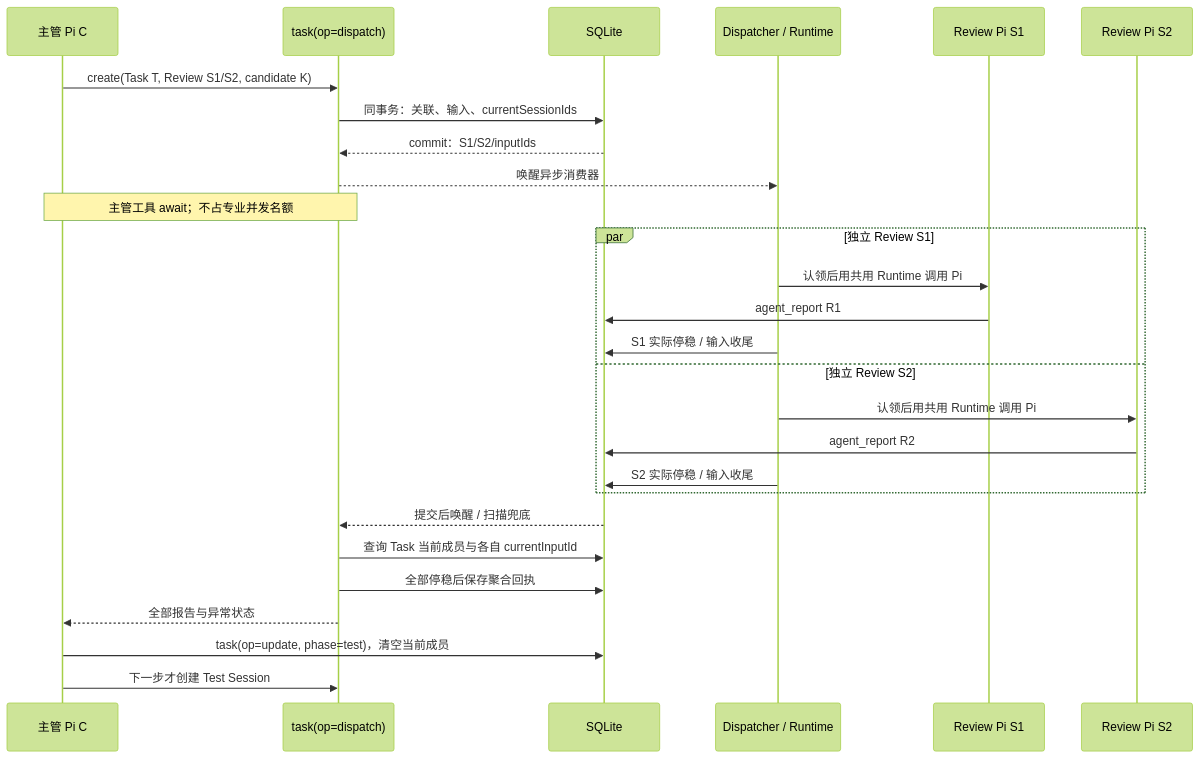
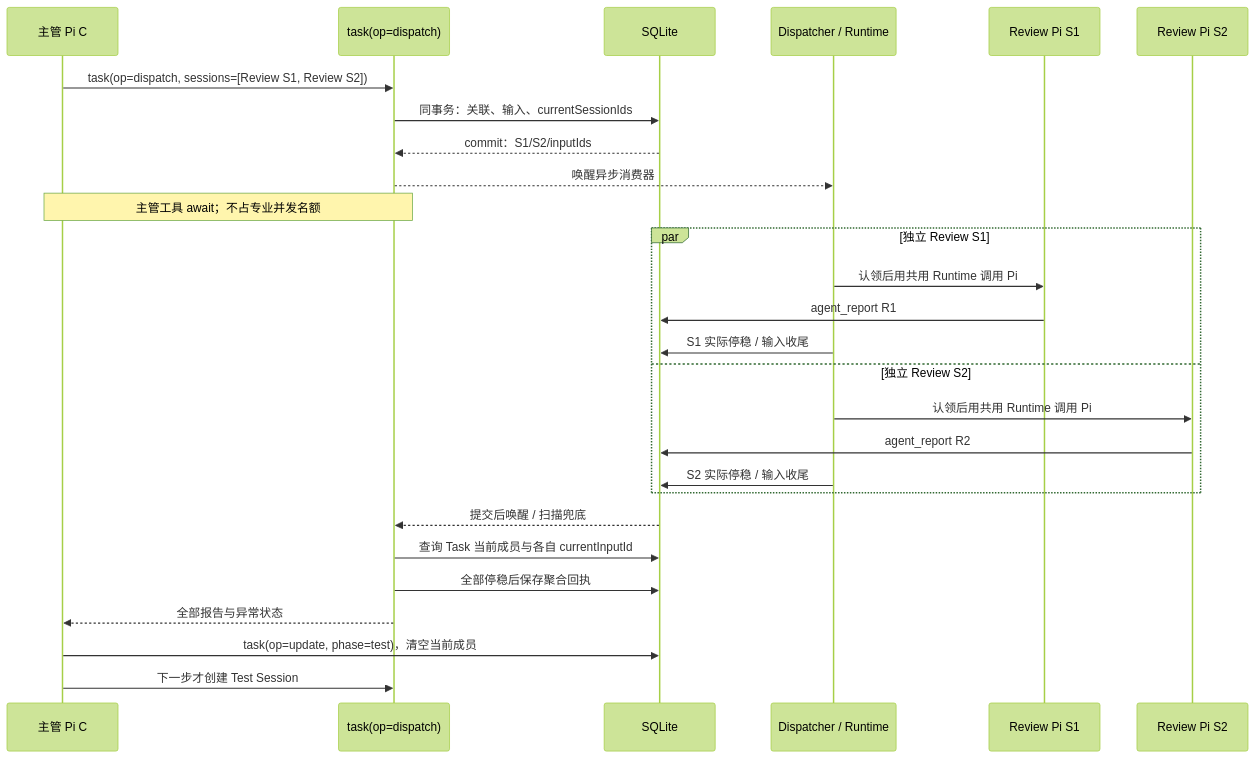
Before and after one commit to mojiaicrypto-ops/Kaiming: the second of 3 diagrams in docs/technicalnew/messaging-and-collaboration.md, drawn with Mermaid (forest theme). The commit also changed 17 other files, not shown here.

````diff
--- a/docs/technicalnew/messaging-and-collaboration.md
+++ b/docs/technicalnew/messaging-and-collaboration.md
@@ -33,29 +33,29 @@
 ```mermaid
 sequenceDiagram
   participant C as 主管 Pi C
   participant T as task(op=dispatch)
   participant DB as SQLite
   participant D as Dispatcher / Runtime
   participant S1 as Review Pi S1
   participant S2 as Review Pi S2
-  C->>T: create(Task T, Review S1/S2, candidate K)
+  C->>T: task(op=dispatch, sessions=[Review S1, Review S2])
   T->>DB: 同事务：关联、输入、currentSessionIds
   DB-->>T: commit：S1/S2/inputIds
   T-->>D: 唤醒异步消费器
   Note over C,T: 主管工具 await；不占专业并发名额
   par 独立 Review S1
     D->>S1: 认领后用共用 Runtime 调用 Pi
     S1->>DB: agent_report R1
     D->>DB: S1 实际停稳 / 输入收尾
   and 独立 Review S2
     D->>S2: 认领后用共用 Runtime 调用 Pi
     S2->>DB: agent_report R2
     D->>DB: S2 实际停稳 / 输入收尾
   end
   DB-->>T: 提交后唤醒 / 扫描兜底
   T->>DB: 查询 Task 当前成员与各自 currentInputId
   T->>DB: 全部停稳后保存聚合回执
   T-->>C: 全部报告与异常状态
   C->>DB: task(op=update, phase=test)，清空当前成员
   C->>T: 下一步才创建 Test Session
 ```
````
